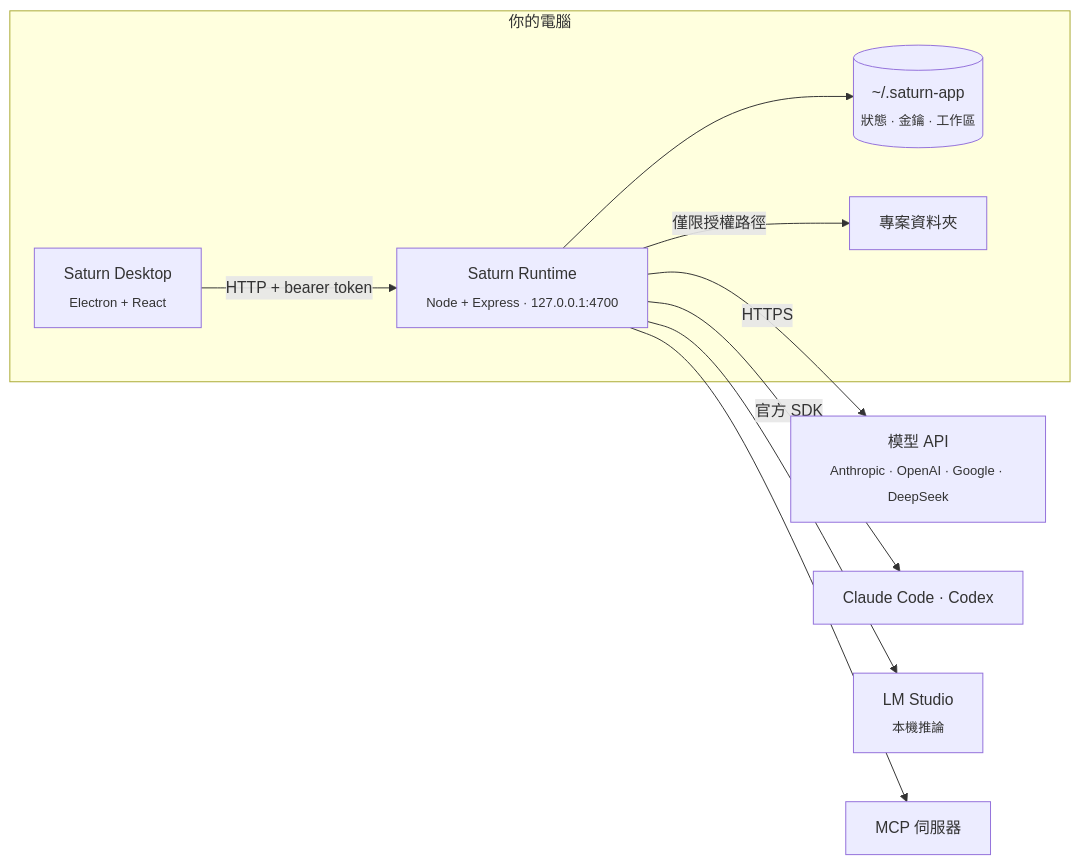
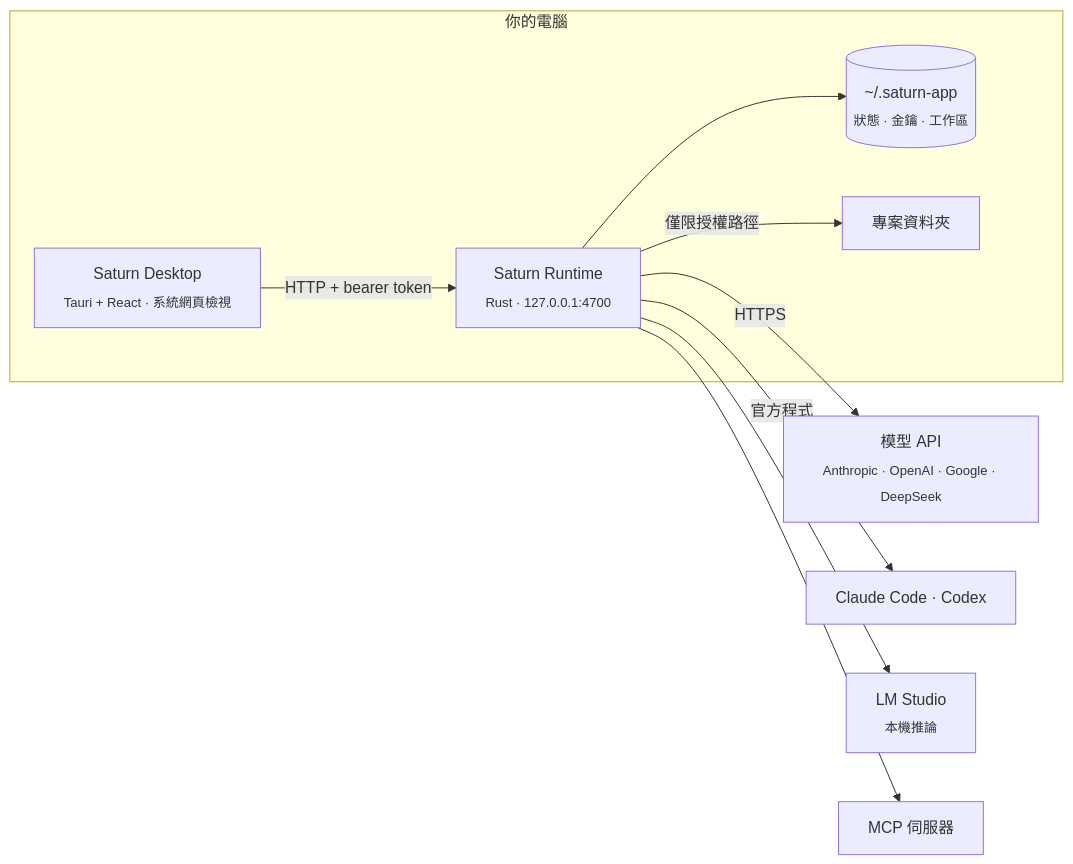
The diagram in README_ZH.md (Saturn-Technology-Project/Saturn-App), drawn with Mermaid before and after one commit. The commit also changed other lines of this file and 14 other files, not shown here.

Commit message:
Docs: what Saturn runs on and promises, checked against the Rust runtime and the Tauri shell

````diff
--- a/README_ZH.md
+++ b/README_ZH.md
@@ -132,16 +136,16 @@
 ```mermaid
 flowchart LR
   subgraph Machine["你的電腦"]
-    D["Saturn Desktop<br/><sub>Electron + React</sub>"]
-    R["Saturn Runtime<br/><sub>Node + Express · 127.0.0.1:4700</sub>"]
+    D["Saturn Desktop<br/><sub>Tauri + React · 系統網頁檢視</sub>"]
+    R["Saturn Runtime<br/><sub>Rust · 127.0.0.1:4700</sub>"]
     S[("~/.saturn-app<br/><sub>狀態 · 金鑰 · 工作區</sub>")]
     P["專案資料夾"]
     D -- "HTTP + bearer token" --> R
     R --> S
     R -- "僅限授權路徑" --> P
   end
   R -- "HTTPS" --> M["模型 API<br/><sub>Anthropic · OpenAI · Google · DeepSeek</sub>"]
-  R -- "官方 SDK" --> C["Claude Code · Codex"]
+  R -- "官方程式" --> C["Claude Code · Codex"]
   R --> L["LM Studio<br/><sub>本機推論</sub>"]
   R --> X["MCP 伺服器"]
 ```
````
